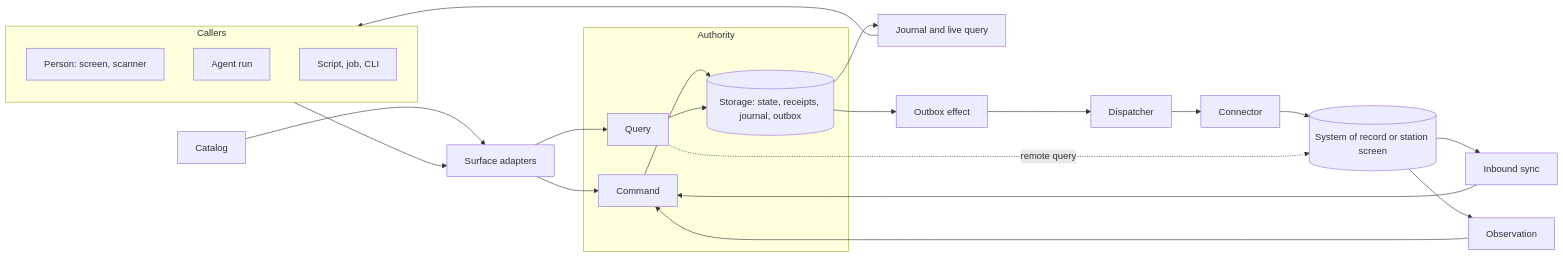
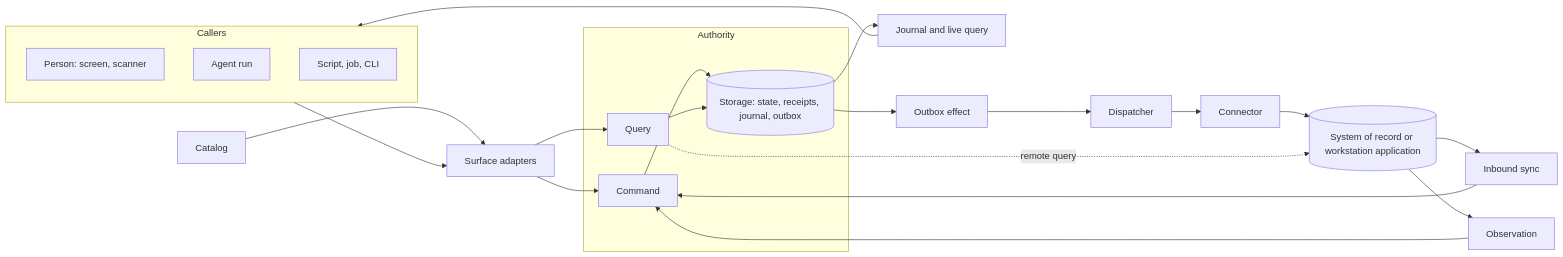
One commit to wisdomousai/tortoise changed the diagram in docs/primitives.md. Above: the diagram before and after it, drawn with Mermaid. The commit also changed other lines of this file and 137 other files, not shown here.

````diff
--- a/docs/primitives.md
+++ b/docs/primitives.md
@@ -5,22 +5,22 @@
 ```mermaid
 flowchart LR
   subgraph Callers
     Person[Person: screen, scanner]
     Agent[Agent run]
     Script[Script, job, CLI]
   end
   Catalog[Catalog] --> Surface
   Callers --> Surface[Surface adapters]
   Surface --> Command
   Surface --> Query
   subgraph Authority
     Command --> Store[(Storage: state, receipts, journal, outbox)]
     Query --> Store
   end
   Store --> Live[Journal and live query] --> Callers
   Store --> Outbox[Outbox effect] --> Dispatcher --> Connector
-  Connector --> External[(System of record or station screen)]
+  Connector --> External[(System of record or workstation application)]
   External --> Inbound[Inbound sync] --> Command
   Query -. remote query .-> External
   External --> Observation --> Command
 ```
````
